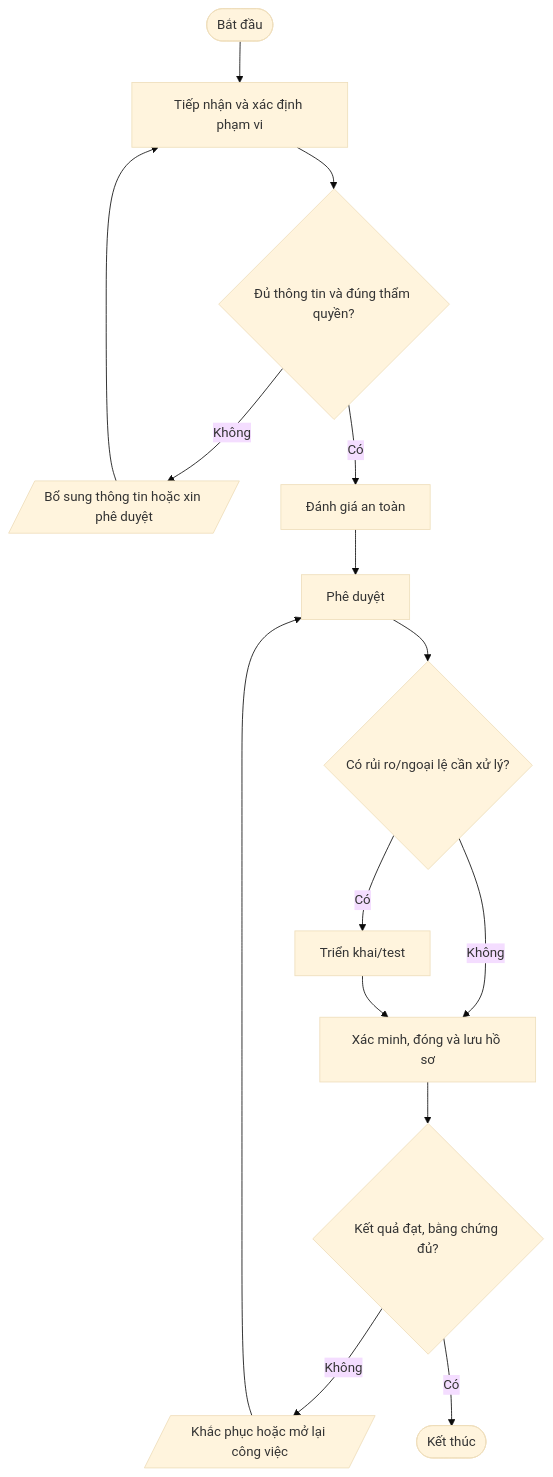
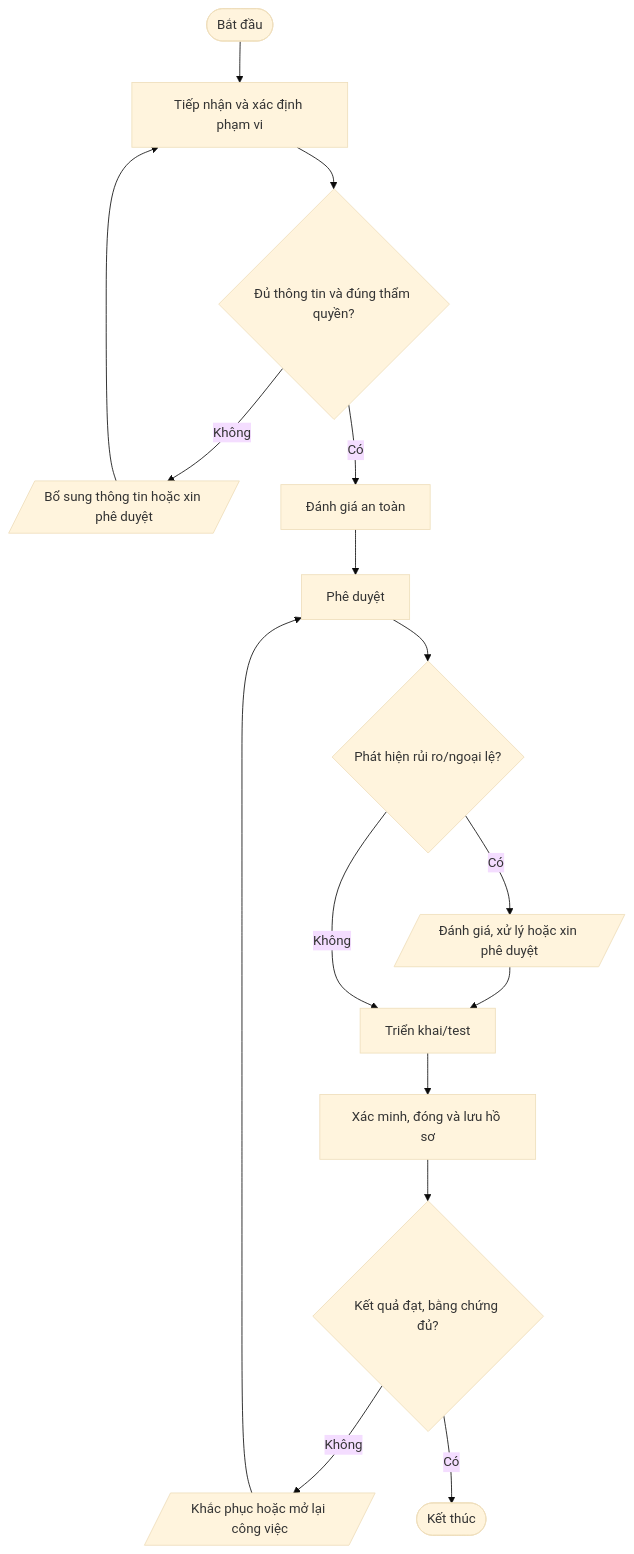
The ninth of 11 diagrams in quy-trinh/03-An-toan-thong-tin/README.md (daoaigiangnam/Quy_Trinh_Chuan), drawn with Mermaid (base theme) before and after one commit. The commit also changed other lines of this file, not shown here.

Commit message:
docs: correct procedure flowchart decision paths

````diff
--- a/quy-trinh/03-An-toan-thong-tin/README.md
+++ b/quy-trinh/03-An-toan-thong-tin/README.md
@@ -761,17 +769,18 @@
 ```mermaid
 flowchart TD
   A([Bắt đầu]) --> S1["Tiếp nhận và xác định phạm vi"]
   S1 --> D1{"Đủ thông tin và đúng thẩm quyền?"}
   D1 -- Không --> F1[/"Bổ sung thông tin hoặc xin phê duyệt"/]
   F1 --> S1
   D1 -- Có --> S2["Đánh giá an toàn"]
   S2 --> S3["Phê duyệt"]
-  S3 --> D2{"Có rủi ro/ngoại lệ cần xử lý?"}
-  D2 -- Có --> S4["Triển khai/test"]
-  D2 -- Không --> S5["Xác minh, đóng và lưu hồ sơ"]
-  S4 --> S5
+  S3 --> D2{"Phát hiện rủi ro/ngoại lệ?"}
+  D2 -- Có --> RISK[/"Đánh giá, xử lý hoặc xin phê duyệt"/]
+  RISK --> S4["Triển khai/test"]
+  D2 -- Không --> S4
+  S4 --> S5["Xác minh, đóng và lưu hồ sơ"]
   S5 --> D3{"Kết quả đạt, bằng chứng đủ?"}
   D3 -- Không --> R[/"Khắc phục hoặc mở lại công việc"/]
   R --> S3
   D3 -- Có --> Z([Kết thúc])
 ```
````
